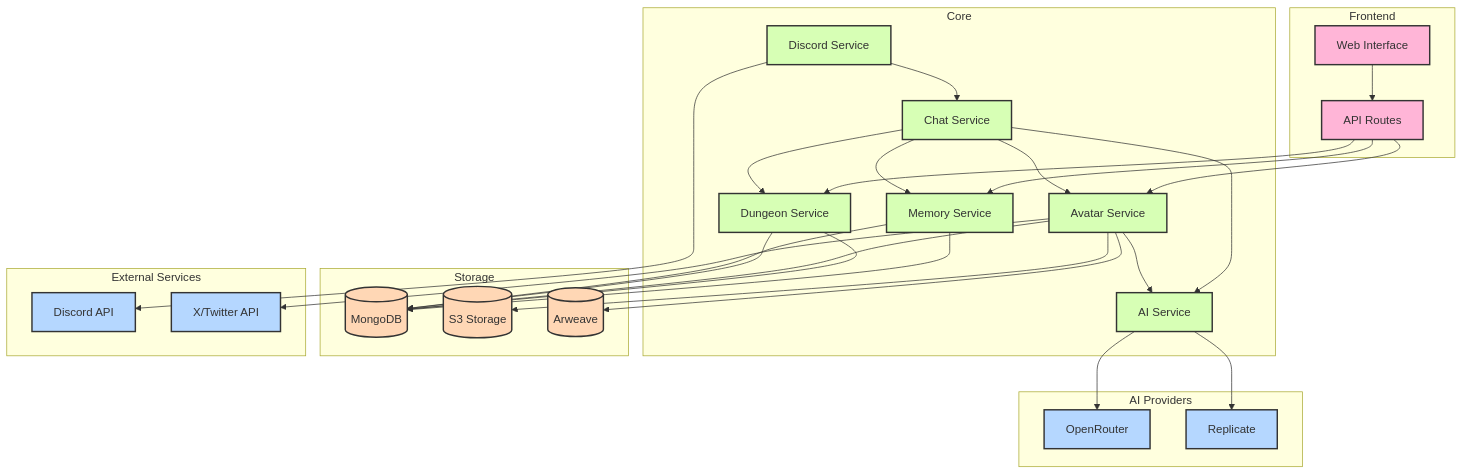
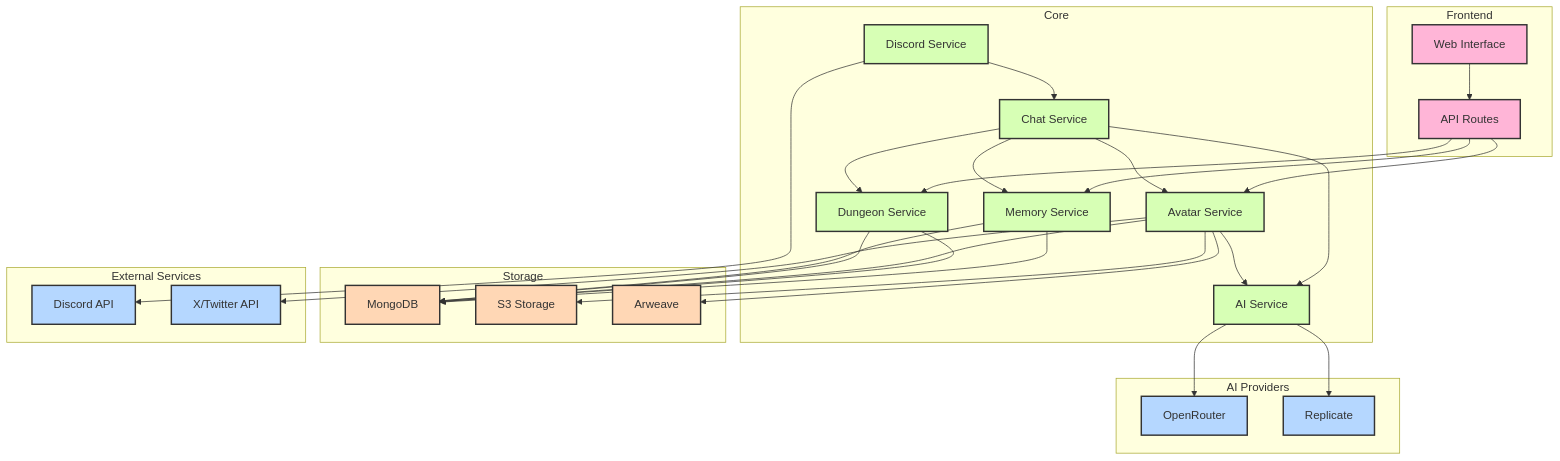
Before and after one commit to immanencer/cosyworld8: the diagram in docs/system-diagram.md, drawn with Mermaid. The commit also changed other lines of this file and 3 other files, not shown here.

````diff
--- a/docs/system-diagram.md
+++ b/docs/system-diagram.md
@@ -2,75 +1,75 @@
 ```mermaid
 graph TB
     subgraph Frontend
         WEB[Web Interface]
         API[API Routes]
     end
 
     subgraph Core
         DS[Discord Service]
         CS[Chat Service]
         AS[Avatar Service]
         MS[Memory Service]
         AIS[AI Service]
         DUN[Dungeon Service]
     end
 
-    subgraph AI_Providers[AI Providers]
+    subgraph AI Providers
         OR[OpenRouter]
         REP[Replicate]
     end
 
     subgraph Storage
-        MONGO[("MongoDB")]
-        S3[("S3 Storage")]
-        ARW[("Arweave")]
+        MONGO[MongoDB]
+        S3[S3 Storage]
+        ARW[Arweave]
     end
 
-    subgraph External_Services[External Services]
+    subgraph External Services
         DISCORD[Discord API]
         X[X/Twitter API]
     end
 
     %% Frontend Connections
     WEB --> API
     API --> AS
     API --> MS
     API --> DUN
 
     %% Core Service Connections
     DS --> CS
     CS --> AS
     CS --> MS
     CS --> AIS
     CS --> DUN
     AS --> AIS
     AS --> S3
     AS --> ARW
     MS --> MONGO
     DUN --> MONGO
 
     %% AI Provider Connections
     AIS --> OR
     AIS --> REP
 
     %% External Service Connections
     DS --> DISCORD
     AS --> X
 
     %% Database Connections
     AS --> MONGO
     DUN --> MONGO
     MS --> MONGO
 
     %% Styling
     classDef default fill:#f9f9f9,stroke:#333,stroke-width:2px
     classDef storage fill:#ffd7b5,stroke:#333
     classDef external fill:#b5d7ff,stroke:#333
     classDef core fill:#d7ffb5,stroke:#333
     classDef frontend fill:#ffb5d7,stroke:#333
 
     class MONGO,S3,ARW storage
     class DISCORD,X,OR,REP external
     class DS,CS,AS,MS,AIS,DUN core
     class WEB,API frontend
 ```
````
